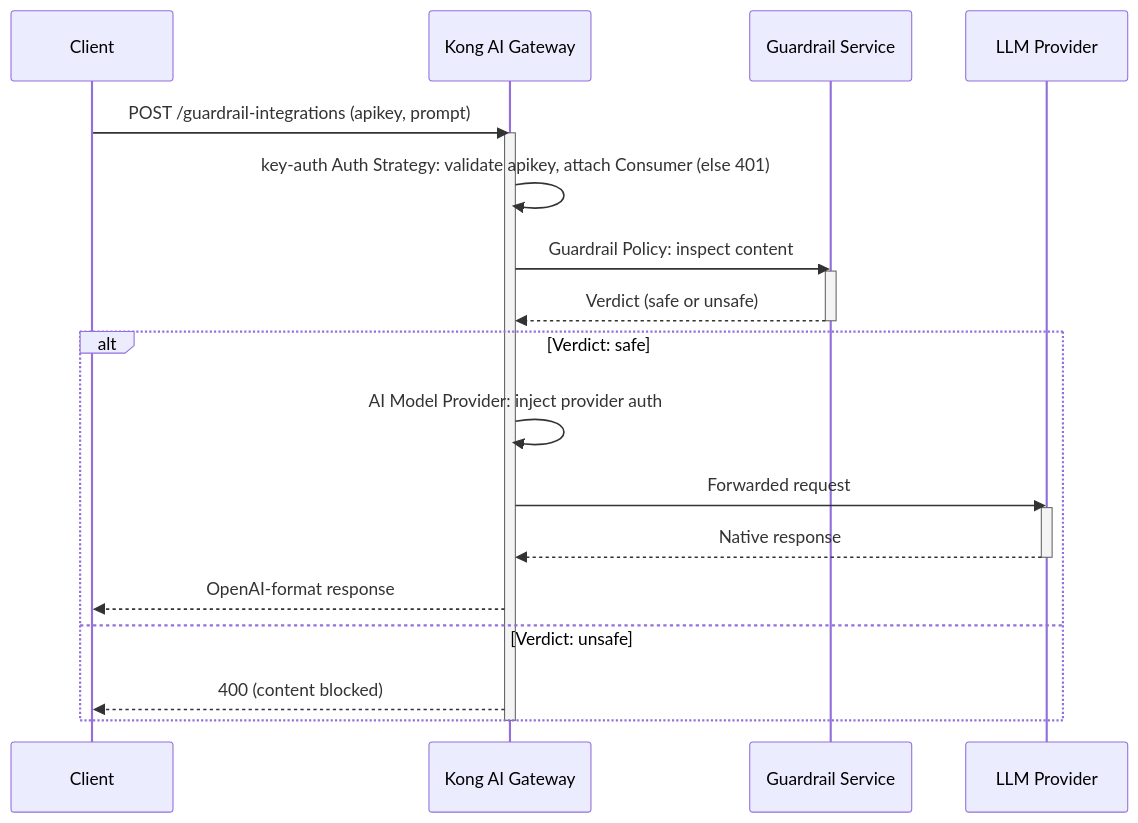
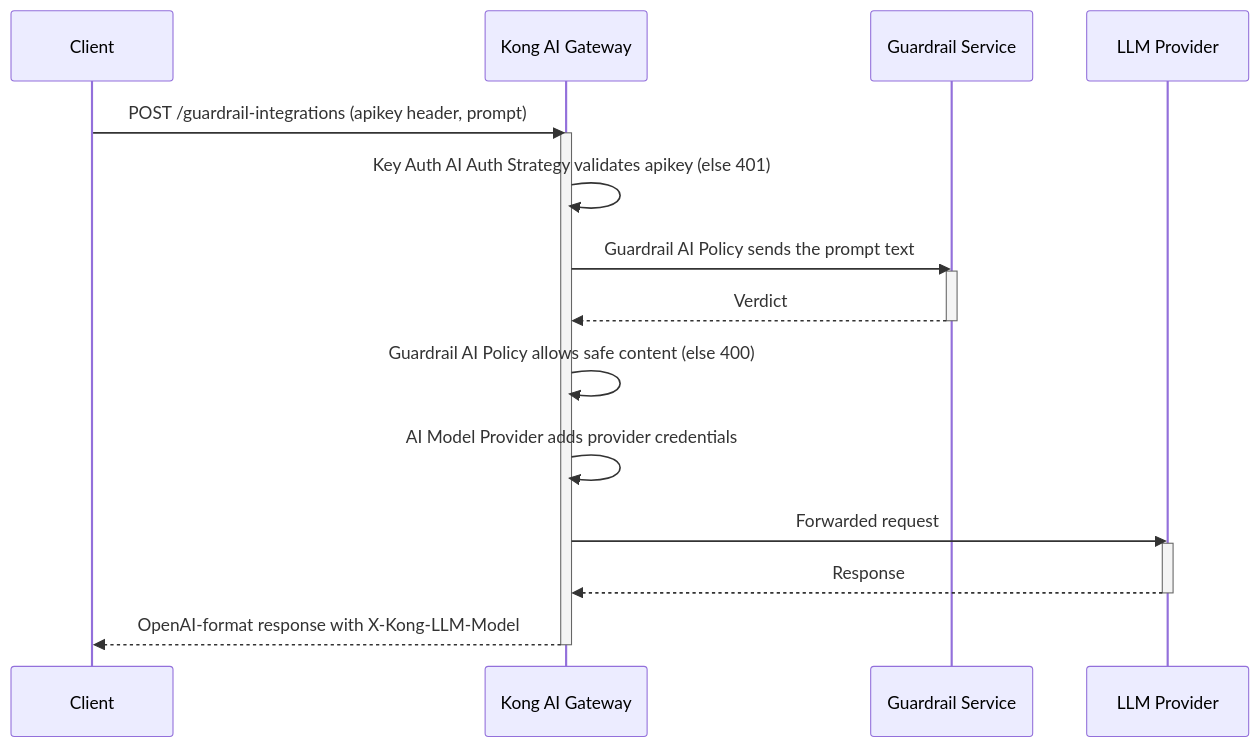
Before and after one commit to Kong/developer.konghq.com: the diagram in app/_cookbooks/guardrail-integrations.md, drawn with Mermaid. The commit also changed other lines of this file and 22 other files, not shown here.

```diff
--- a/app/_cookbooks/guardrail-integrations.md
+++ b/app/_cookbooks/guardrail-integrations.md
@@ -143,26 +766,23 @@
 {% mermaid %}
 sequenceDiagram
     participant C as Client
     participant K as Kong AI Gateway
     participant G as Guardrail Service
     participant L as LLM Provider
 
-    C->>K: POST /guardrail-integrations (apikey, prompt)
+    C->>K: POST /guardrail-integrations (apikey header, prompt)
     activate K
-    K->>K: key-auth Auth Strategy: validate apikey, attach Consumer (else 401)
-    K->>G: Guardrail Policy: inspect content
+    K->>K: Key Auth AI Auth Strategy validates apikey (else 401)
+    K->>G: Guardrail AI Policy sends the prompt text
     activate G
-    G-->>K: Verdict (safe or unsafe)
+    G-->>K: Verdict
     deactivate G
-    alt Verdict: safe
-        K->>K: AI Model Provider: inject provider auth
-        K->>L: Forwarded request
-        activate L
-        L-->>K: Native response
-        deactivate L
-        K-->>C: OpenAI-format response
-    else Verdict: unsafe
-        K-->>C: 400 (content blocked)
-    end
+    K->>K: Guardrail AI Policy allows safe content (else 400)
+    K->>K: AI Model Provider adds provider credentials
+    K->>L: Forwarded request
+    activate L
+    L-->>K: Response
+    deactivate L
+    K-->>C: OpenAI-format response with X-Kong-LLM-Model
     deactivate K
 {% endmermaid %}
```
